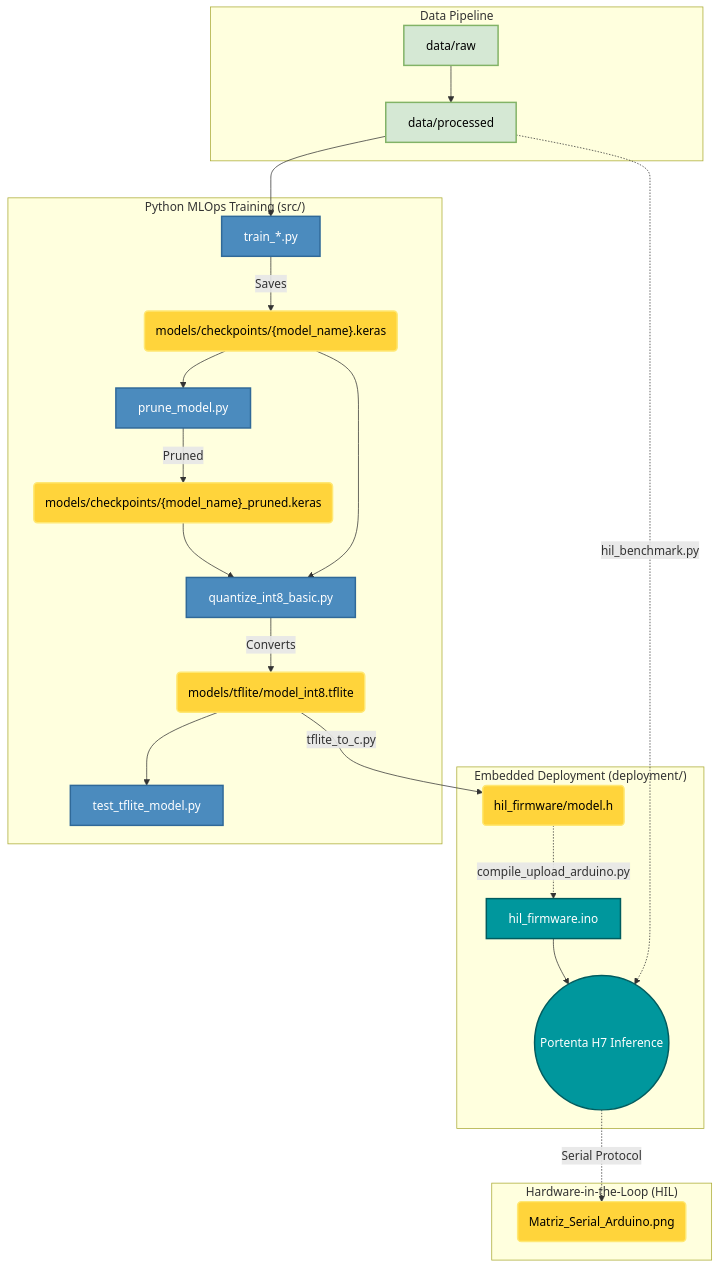
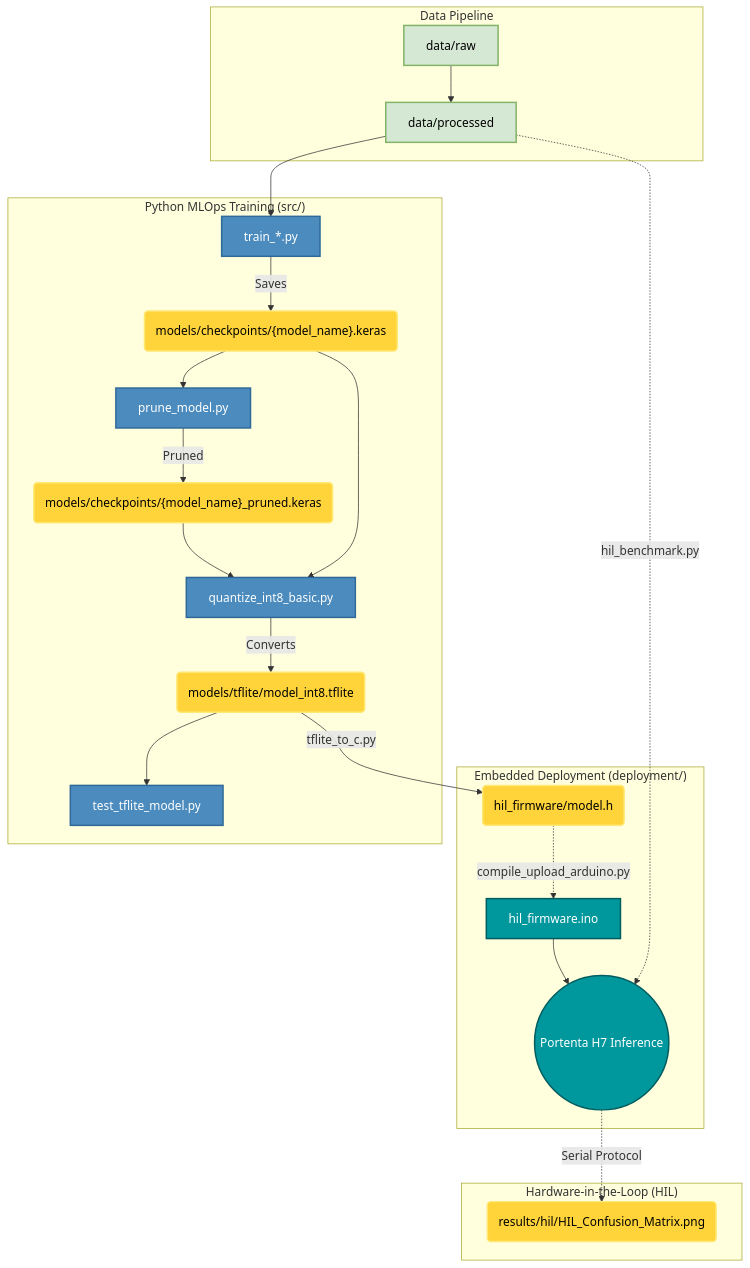
Before and after one commit to F4bian1012/Investigacion: the diagram in README.md, drawn with Mermaid.

Commit message:
docs: actualizar nombre de matriz HIL en el README

````diff
--- a/README.md
+++ b/README.md
@@ -84,35 +84,35 @@
 ```mermaid
 graph TD
     %% Styling
     classDef default fill:#f9f9f9,stroke:#333,stroke-width:2px,color:#000;
     classDef data fill:#D5E8D4,stroke:#82B366,stroke-width:2px,color:#000;
     classDef python fill:#4B8BBE,stroke:#306998,stroke-width:2px,color:#fff;
     classDef hardware fill:#00979D,stroke:#005C5F,stroke-width:2px,color:#fff;
     classDef artifact fill:#FFD43B,stroke:#FFE873,stroke-width:2px,color:#000;
 
     subgraph "Data Pipeline"
         RAW[data/raw]:::data --> PROC[data/processed]:::data
     end
 
     subgraph "Python MLOps Training (src/)"
         PROC --> TRAIN[train_*.py]:::python
         TRAIN -->|Saves| KERAS("models/checkpoints/{model_name}.keras"):::artifact
         KERAS --> PRUNE[prune_model.py]:::python
         PRUNE -->|Pruned| KERAS_PRUNED("models/checkpoints/{model_name}_pruned.keras"):::artifact
         KERAS --> OPT[quantize_int8_basic.py]:::python
         KERAS_PRUNED --> OPT
         OPT -->|Converts| TFLITE(models/tflite/model_int8.tflite):::artifact
         TFLITE --> EVAL[test_tflite_model.py]:::python
     end
 
     subgraph "Embedded Deployment (deployment/)"
         TFLITE -->|tflite_to_c.py| HEADER(hil_firmware/model.h):::artifact
         HEADER -.->|compile_upload_arduino.py| C_ENGINE[hil_firmware.ino]:::hardware
         C_ENGINE --> INFERENCE((Portenta H7 Inference)):::hardware
     end
 
     subgraph "Hardware-in-the-Loop (HIL)"
         PROC -.->|hil_benchmark.py| INFERENCE
-        INFERENCE -.->|Serial Protocol| CM_PLOT(Matriz_Serial_Arduino.png):::artifact
+        INFERENCE -.->|Serial Protocol| CM_PLOT(results/hil/HIL_Confusion_Matrix.png):::artifact
     end
 ```
````
